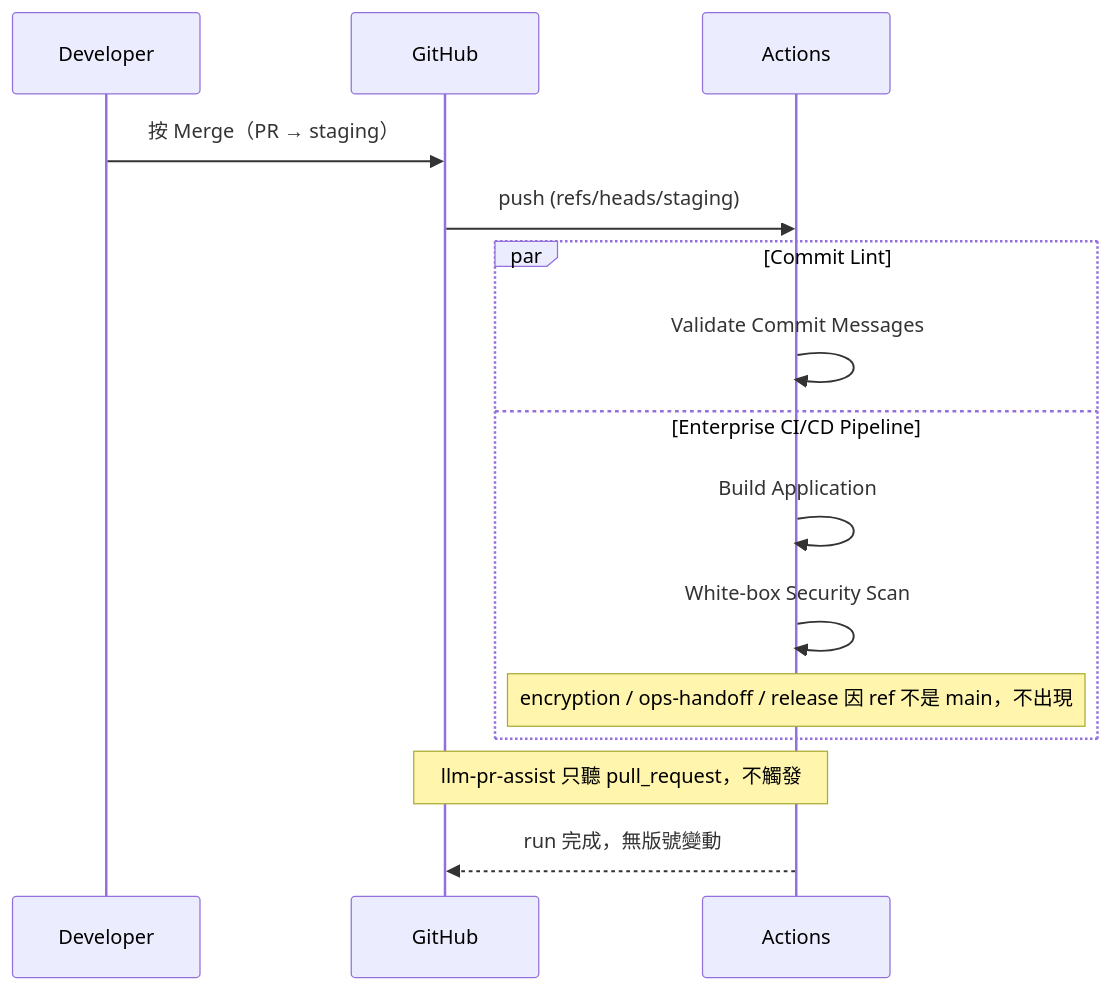
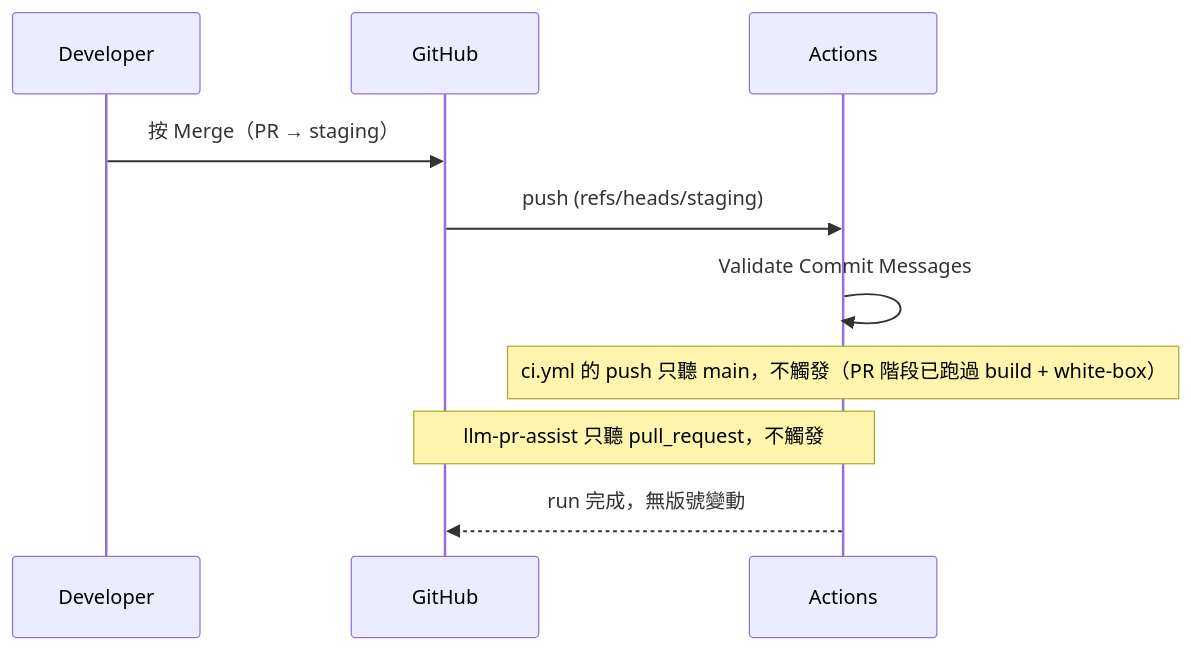
Before and after one commit to liaooliver/notes: the seventh of 14 diagrams in docs/use-cases.md, drawn with Mermaid. The commit also changed other lines of this file and 2 other files, not shown here.

Commit message:
docs: note ci no longer re-runs on push to staging

````diff
--- a/docs/use-cases.md
+++ b/docs/use-cases.md
@@ -311,17 +311,12 @@
 ```mermaid
 sequenceDiagram
     participant D as Developer
     participant G as GitHub
     participant A as Actions
     D->>G: 按 Merge（PR → staging）
     G->>A: push (refs/heads/staging)
-    par Commit Lint
-        A->>A: Validate Commit Messages
-    and Enterprise CI/CD Pipeline
-        A->>A: Build Application
-        A->>A: White-box Security Scan
-        Note over A: encryption / ops-handoff / release 因 ref 不是 main，不出現
-    end
+    A->>A: Validate Commit Messages
+    Note over A: ci.yml 的 push 只聽 main，不觸發（PR 階段已跑過 build + white-box）
     Note over G,A: llm-pr-assist 只聽 pull_request，不觸發
     A-->>G: run 完成，無版號變動
 ```
````
